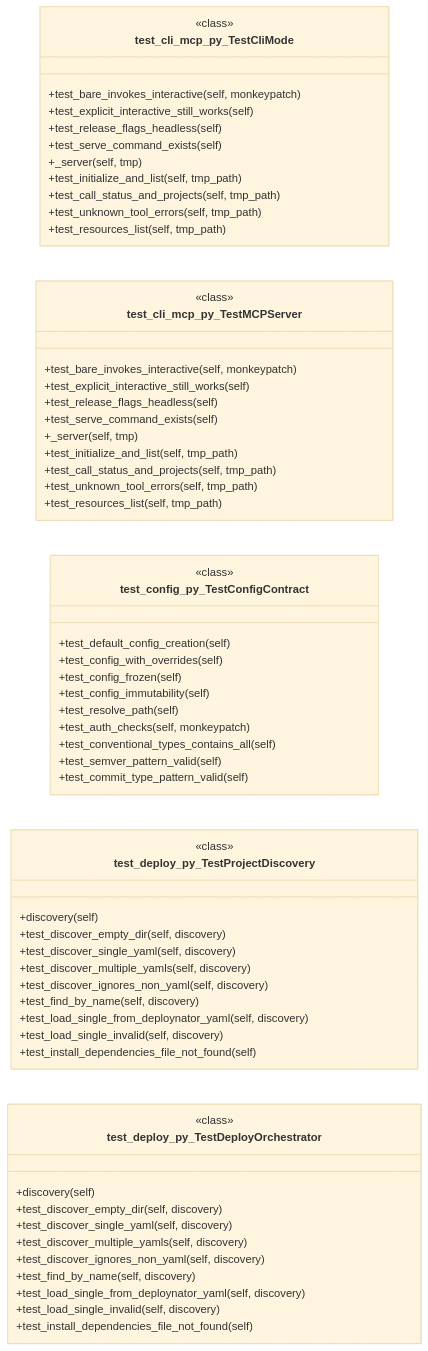
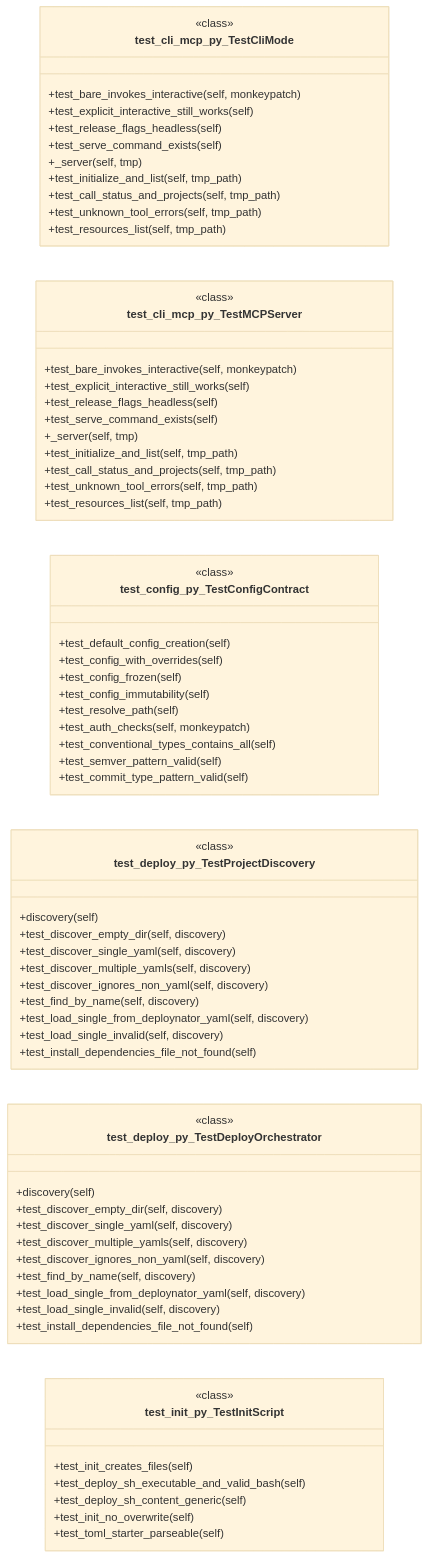
One commit to grisuno/deploynator changed diagram 15 of 17 in KNOWLEDGE_BASE.md. Above: the diagram before and after it, drawn with Mermaid (base theme). The commit also changed other lines of this file and 100 other files, not shown here.

First line of the commit message:
patch: generic deploy.sh and per-repo deploynator.toml

````diff
--- a/KNOWLEDGE_BASE.md
+++ b/KNOWLEDGE_BASE.md
@@ -1681,64 +1701,72 @@
 ```mermaid
 classDiagram
   direction LR
   class test_cli_mcp_py_TestCliMode {
     <<class>>
     +test_bare_invokes_interactive(self, monkeypatch)
     +test_explicit_interactive_still_works(self)
     +test_release_flags_headless(self)
     +test_serve_command_exists(self)
     +_server(self, tmp)
     +test_initialize_and_list(self, tmp_path)
     +test_call_status_and_projects(self, tmp_path)
     +test_unknown_tool_errors(self, tmp_path)
     +test_resources_list(self, tmp_path)
   }
   class test_cli_mcp_py_TestMCPServer {
     <<class>>
     +test_bare_invokes_interactive(self, monkeypatch)
     +test_explicit_interactive_still_works(self)
     +test_release_flags_headless(self)
     +test_serve_command_exists(self)
     +_server(self, tmp)
     +test_initialize_and_list(self, tmp_path)
     +test_call_status_and_projects(self, tmp_path)
     +test_unknown_tool_errors(self, tmp_path)
     +test_resources_list(self, tmp_path)
   }
   class test_config_py_TestConfigContract {
     <<class>>
     +test_default_config_creation(self)
     +test_config_with_overrides(self)
     +test_config_frozen(self)
     +test_config_immutability(self)
     +test_resolve_path(self)
     +test_auth_checks(self, monkeypatch)
     +test_conventional_types_contains_all(self)
     +test_semver_pattern_valid(self)
     +test_commit_type_pattern_valid(self)
   }
   class test_deploy_py_TestProjectDiscovery {
     <<class>>
     +discovery(self)
     +test_discover_empty_dir(self, discovery)
     +test_discover_single_yaml(self, discovery)
     +test_discover_multiple_yamls(self, discovery)
     +test_discover_ignores_non_yaml(self, discovery)
     +test_find_by_name(self, discovery)
     +test_load_single_from_deploynator_yaml(self, discovery)
     +test_load_single_invalid(self, discovery)
     +test_install_dependencies_file_not_found(self)
   }
   class test_deploy_py_TestDeployOrchestrator {
     <<class>>
     +discovery(self)
     +test_discover_empty_dir(self, discovery)
     +test_discover_single_yaml(self, discovery)
     +test_discover_multiple_yamls(self, discovery)
     +test_discover_ignores_non_yaml(self, discovery)
     +test_find_by_name(self, discovery)
     +test_load_single_from_deploynator_yaml(self, discovery)
     +test_load_single_invalid(self, discovery)
     +test_install_dependencies_file_not_found(self)
   }
+  class test_init_py_TestInitScript {
+    <<class>>
+    +test_init_creates_files(self)
+    +test_deploy_sh_executable_and_valid_bash(self)
+    +test_deploy_sh_content_generic(self)
+    +test_init_no_overwrite(self)
+    +test_toml_starter_parseable(self)
+  }
 ```
````
